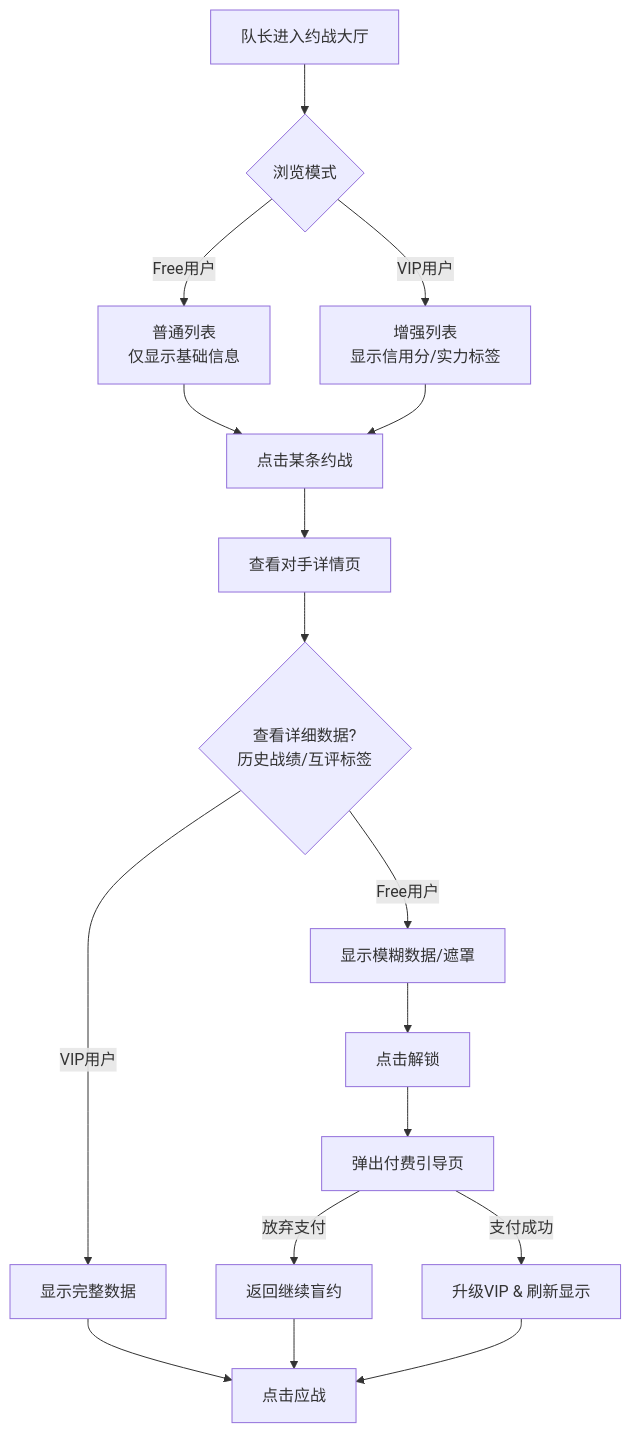
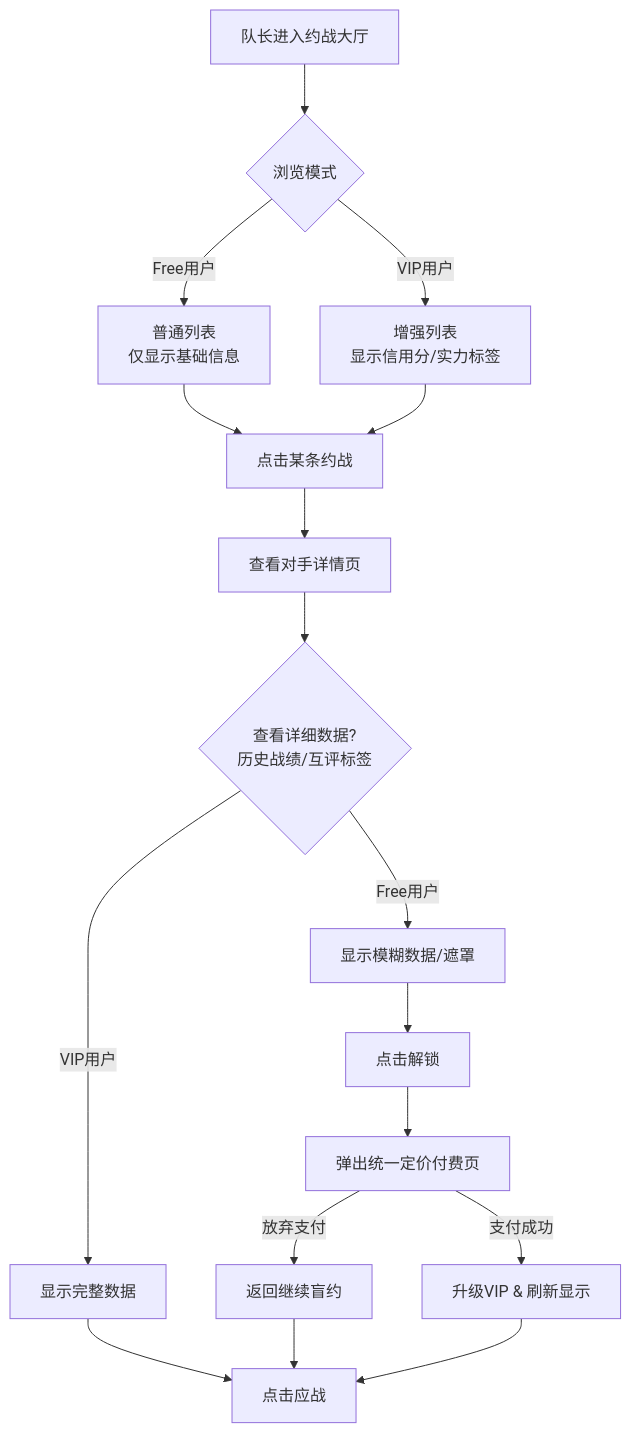
Before and after one commit to NicZhang/spot_on: the first of 2 diagrams in docs/PRD.md, drawn with Mermaid. The commit also changed other lines of this file and 30 other files, not shown here.

````diff
--- a/docs/PRD.md
+++ b/docs/PRD.md
@@ -223,24 +205,24 @@
 ```mermaid
 graph TD
     A[队长进入约战大厅] --> B{浏览模式}
     B -->|Free用户| C[普通列表<br>仅显示基础信息]
     B -->|VIP用户| D[增强列表<br>显示信用分/实力标签]
 
     C --> E[点击某条约战]
     D --> E
 
     E --> F[查看对手详情页]
     F --> G{查看详细数据?<br>历史战绩/互评标签}
 
     G -->|Free用户| H[显示模糊数据/遮罩]
     H --> I[点击解锁]
-    I --> J[弹出付费引导页]
+    I --> J[弹出统一定价付费页]
     J -->|支付成功| K[升级VIP & 刷新显示]
     J -->|放弃支付| L[返回继续盲约]
 
     G -->|VIP用户| M[显示完整数据]
 
     M --> N[点击应战]
     L --> N
     K --> N
 ```
````
